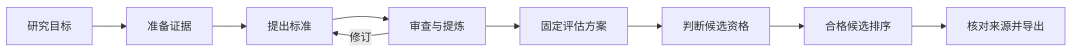
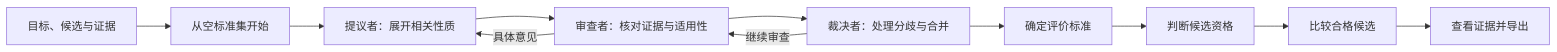
Before and after one commit to YWDDLiang03/mas: the diagram in README.zh-CN.md, drawn with Mermaid. The commit also changed other lines of this file and 71 other files, not shown here.

````diff
--- a/README.zh-CN.md
+++ b/README.zh-CN.md
@@ -16,11 +11,13 @@
 ```mermaid
 flowchart LR
-    A[研究目标] --> B[准备证据]
-    B --> C[提出标准]
-    C --> D[审查与提炼]
-    D -->|修订| C
-    D --> E[固定评估方案]
+    A[目标、候选与证据] --> B[从空标准集开始]
+    B --> P[提议者：展开相关性质]
+    P --> C[审查者：核对证据与适用性]
+    C -->|具体意见| P
+    C --> D[裁决者：处理分歧与合并]
+    D -->|继续审查| C
+    D --> E[确定评价标准]
     E --> F[判断候选资格]
-    F --> G[合格候选排序]
-    G --> H[核对来源并导出]
+    F --> G[比较合格候选]
+    G --> H[查看证据并导出]
 ```
````
